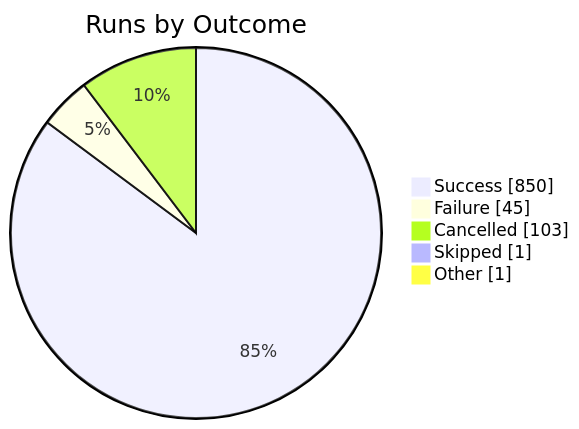
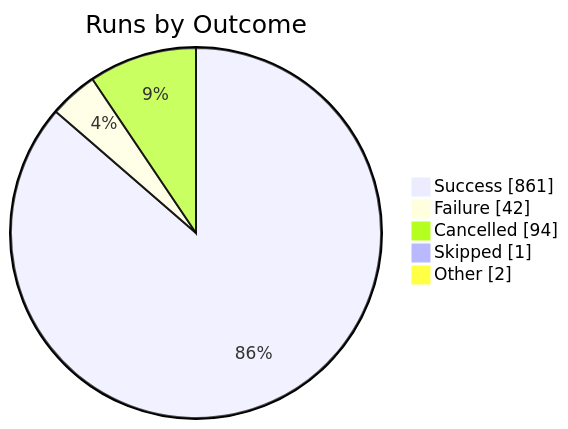
One commit to KBVE/kbve changed the first of 2 diagrams in apps/kbve/astro-kbve/src/content/docs/dashboard/ci-health.mdx. Above: the diagram before and after it, drawn with Mermaid. The commit also changed other lines of this file and 1 other file, not shown here.

````diff
--- a/apps/kbve/astro-kbve/src/content/docs/dashboard/ci-health.mdx
+++ b/apps/kbve/astro-kbve/src/content/docs/dashboard/ci-health.mdx
@@ -189,9 +189,9 @@
 ```mermaid
 pie showData
     title Runs by Outcome
-    "Success" : 850
-    "Failure" : 45
-    "Cancelled" : 103
+    "Success" : 861
+    "Failure" : 42
+    "Cancelled" : 94
     "Skipped" : 1
-    "Other" : 1
+    "Other" : 2
 ```
````
